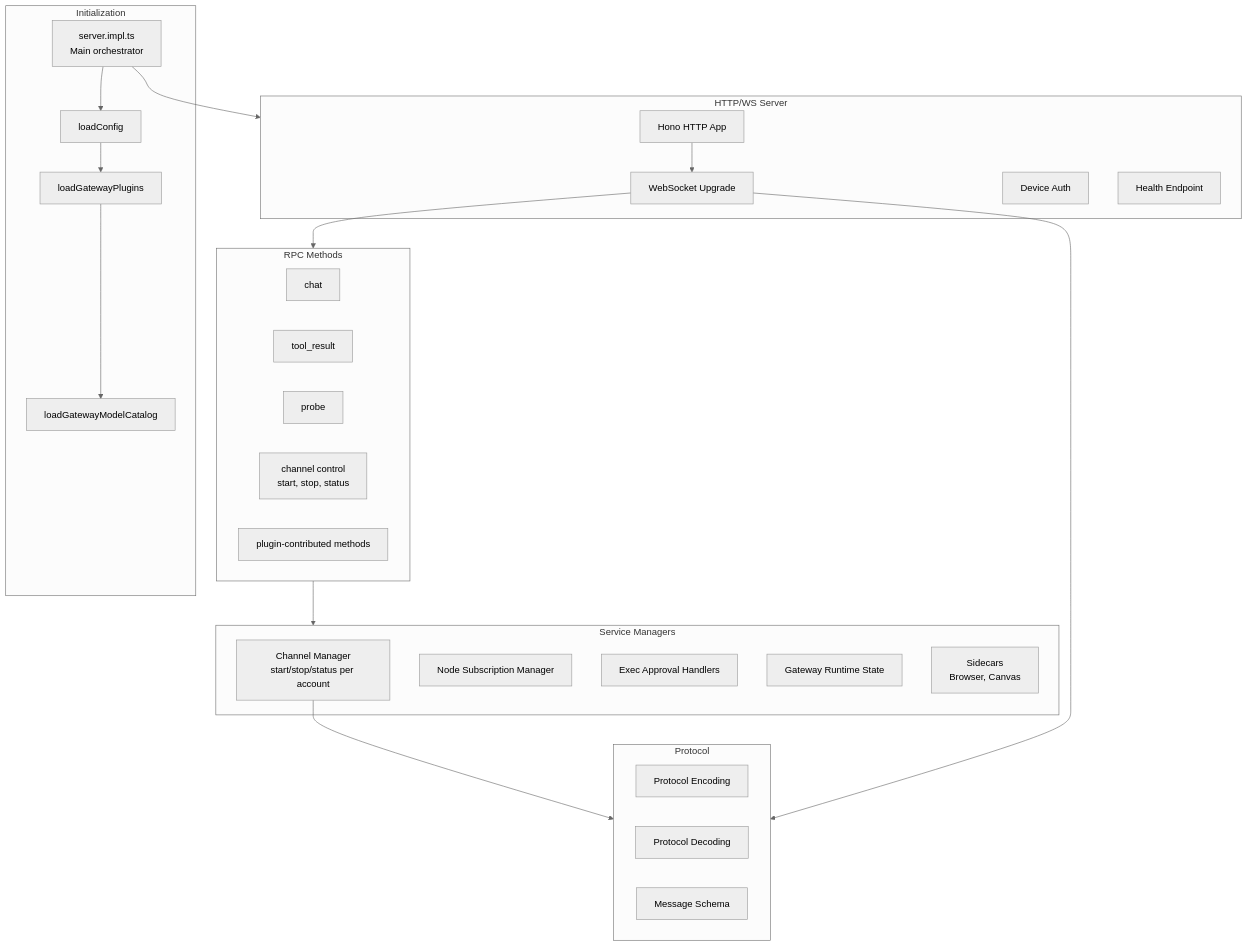
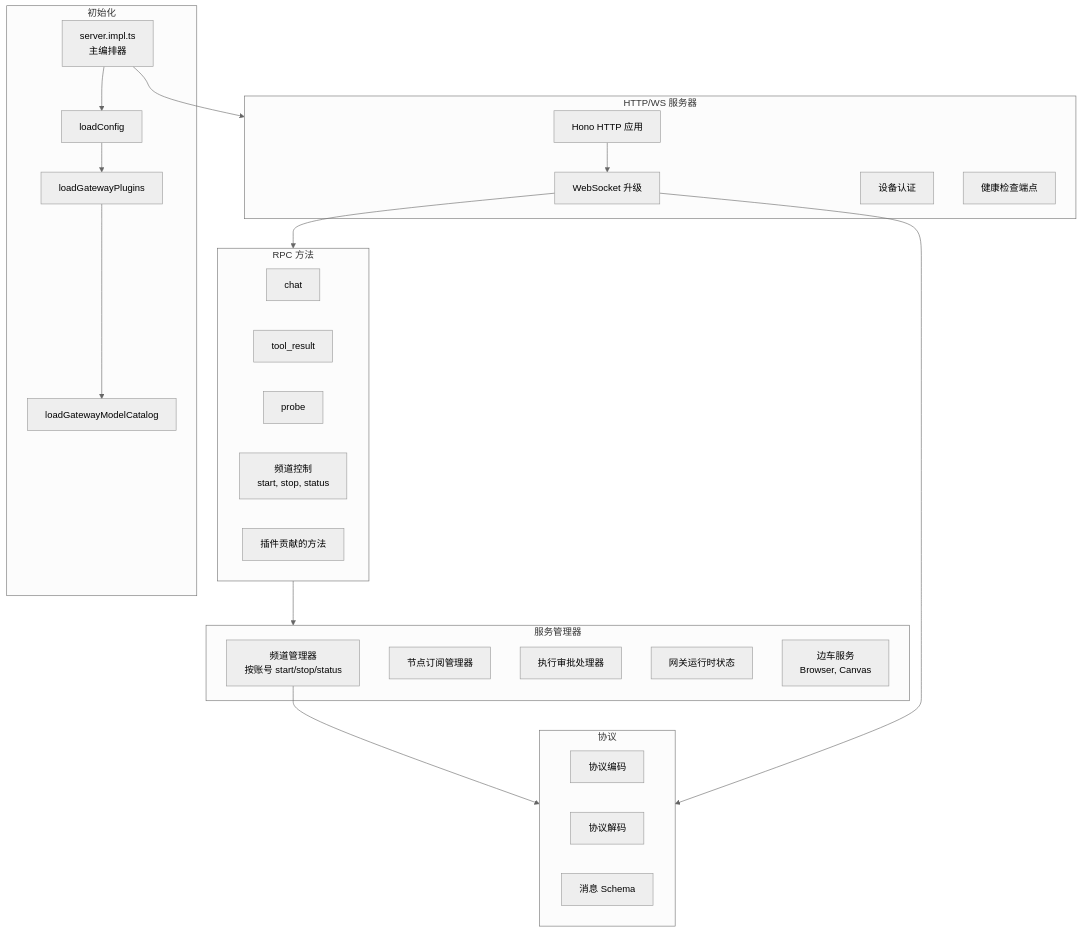
One commit to dqaria/openclaw changed the fourth of 15 diagrams in docs/reference/architecture.md. Above: the diagram before and after it, drawn with Mermaid (neutral theme). The commit also changed other lines of this file, not shown here.

First line of the commit message:
docs: rewrite architecture documentation in Chinese

````diff
--- a/docs/reference/architecture.md
+++ b/docs/reference/architecture.md
@@ -224,45 +224,45 @@
 ```mermaid
 graph TB
-    subgraph Init["Initialization"]
-        IMPL[server.impl.ts<br/>Main orchestrator]
+    subgraph Init["初始化"]
+        IMPL["server.impl.ts<br/>主编排器"]
         LOAD_CFG[loadConfig]
         LOAD_PLUGINS[loadGatewayPlugins]
         LOAD_MODELS[loadGatewayModelCatalog]
     end
 
-    subgraph Server["HTTP/WS Server"]
-        HONO[Hono HTTP App]
-        WS[WebSocket Upgrade]
-        AUTH[Device Auth]
-        HEALTH[Health Endpoint]
+    subgraph Server["HTTP/WS 服务器"]
+        HONO[Hono HTTP 应用]
+        WS[WebSocket 升级]
+        AUTH[设备认证]
+        HEALTH[健康检查端点]
     end
 
-    subgraph Methods["RPC Methods"]
+    subgraph Methods["RPC 方法"]
         CHAT[chat]
         TOOL_RES[tool_result]
         PROBE[probe]
-        CHAN_CTRL[channel control<br/>start, stop, status]
-        PLUGIN_M[plugin-contributed methods]
+        CHAN_CTRL["频道控制<br/>start, stop, status"]
+        PLUGIN_M[插件贡献的方法]
     end
 
-    subgraph Managers["Service Managers"]
-        CHAN_MGR[Channel Manager<br/>start/stop/status per account]
-        NODE_MGR[Node Subscription Manager]
-        APPROVAL[Exec Approval Handlers]
-        RUNTIME[Gateway Runtime State]
-        SIDECARS[Sidecars<br/>Browser, Canvas]
+    subgraph Managers["服务管理器"]
+        CHAN_MGR["频道管理器<br/>按账号 start/stop/status"]
+        NODE_MGR[节点订阅管理器]
+        APPROVAL[执行审批处理器]
+        RUNTIME[网关运行时状态]
+        SIDECARS["边车服务<br/>Browser, Canvas"]
     end
 
-    subgraph Protocol["Protocol"]
-        ENCODE[Protocol Encoding]
-        DECODE[Protocol Decoding]
-        SCHEMA[Message Schema]
+    subgraph Protocol["协议"]
+        ENCODE[协议编码]
+        DECODE[协议解码]
+        SCHEMA[消息 Schema]
     end
 
     IMPL --> LOAD_CFG --> LOAD_PLUGINS --> LOAD_MODELS
     IMPL --> Server
     HONO --> WS --> Methods
     Methods --> Managers
     CHAN_MGR --> Protocol
     WS --> Protocol
 ```
````
